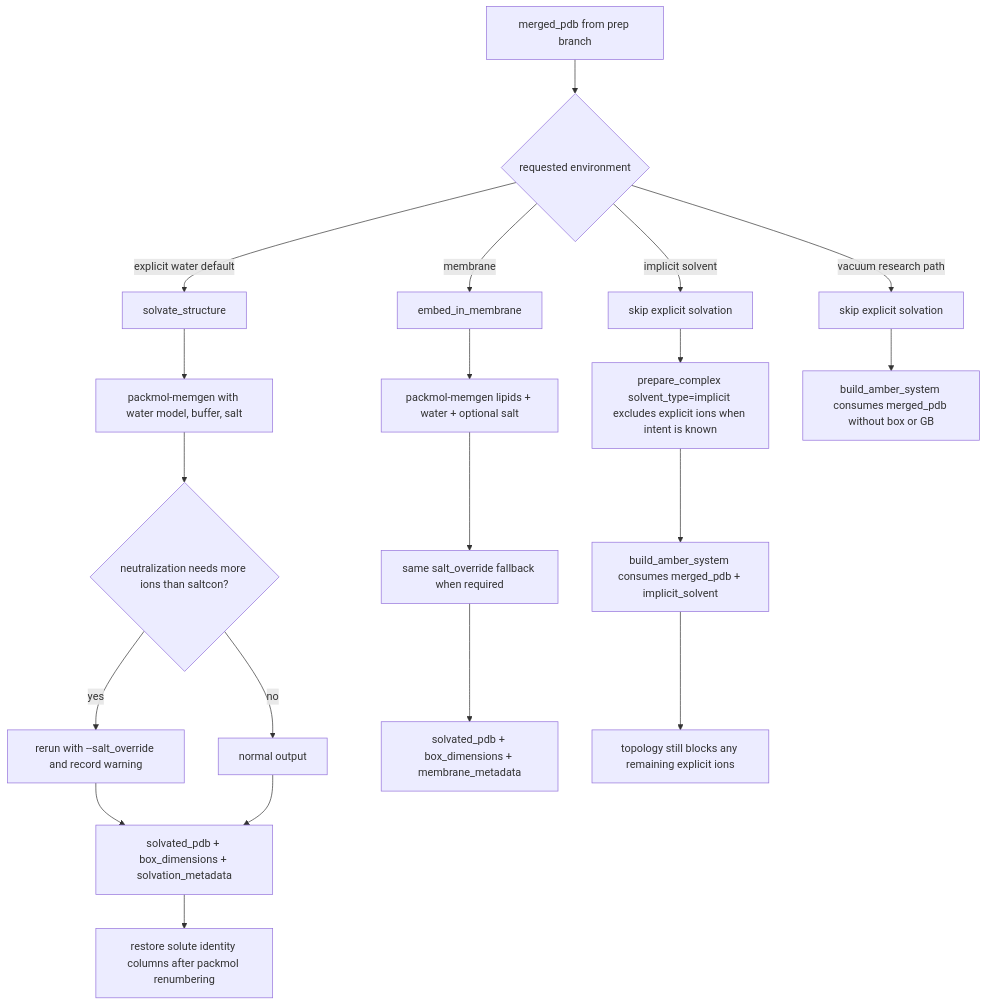
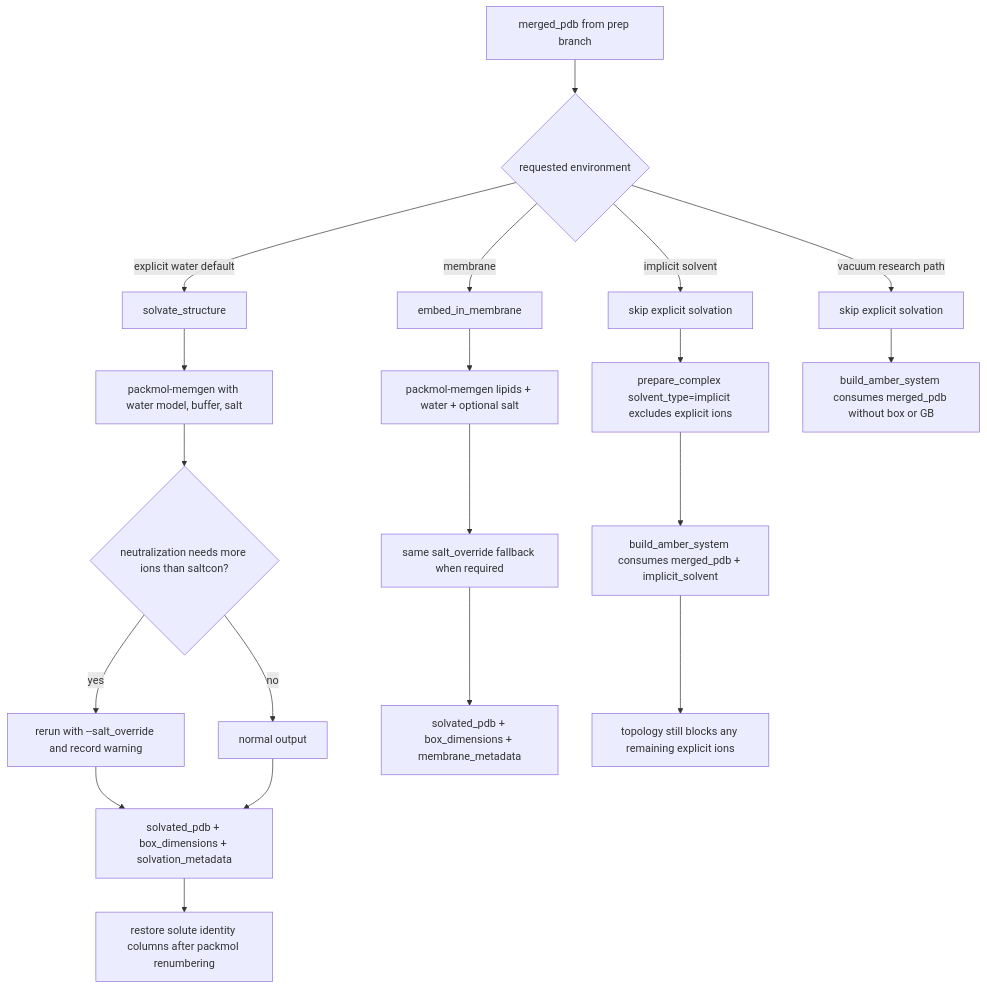
One commit to matsunagalab/mdclaw changed the fourth of 6 diagrams in docs/research/prep_workflow_flowchart.md. Above: the diagram before and after it, drawn with Mermaid. The commit also changed 7 other files, not shown here.

````diff
--- a/docs/research/prep_workflow_flowchart.md
+++ b/docs/research/prep_workflow_flowchart.md
@@ -166,26 +166,26 @@
 ```mermaid
 flowchart TD
   A["merged_pdb from prep branch"] --> B{"requested environment"}
 
   B -->|"explicit water default"| C["solvate_structure"]
   C --> C1["packmol-memgen with water model, buffer, salt"]
   C1 --> C2{"neutralization needs more ions than saltcon?"}
   C2 -->|"yes"| C3["rerun with --salt_override and record warning"]
   C2 -->|"no"| C4["normal output"]
   C3 --> C5["solvated_pdb + box_dimensions + solvation_metadata"]
   C4 --> C5
   C5 --> C6["restore solute identity columns after packmol renumbering"]
 
   B -->|"membrane"| D["embed_in_membrane"]
   D --> D1["packmol-memgen lipids + water + optional salt"]
   D1 --> D2["same salt_override fallback when required"]
   D2 --> D3["solvated_pdb + box_dimensions + membrane_metadata"]
 
   B -->|"implicit solvent"| E["skip explicit solvation"]
-  E --> E0["prepare_complex solvent_type=implicit excludes explicit ions when intent is known"]
+  E --> E0["prepare_complex solvent_type=implicit excludes explicit ions"]
   E0 --> E1["build_amber_system consumes merged_pdb + implicit_solvent"]
   E1 --> E2["topology still blocks any remaining explicit ions"]
 
   B -->|"vacuum research path"| F["skip explicit solvation"]
   F --> F1["build_amber_system consumes merged_pdb without box or GB"]
 ```
````
